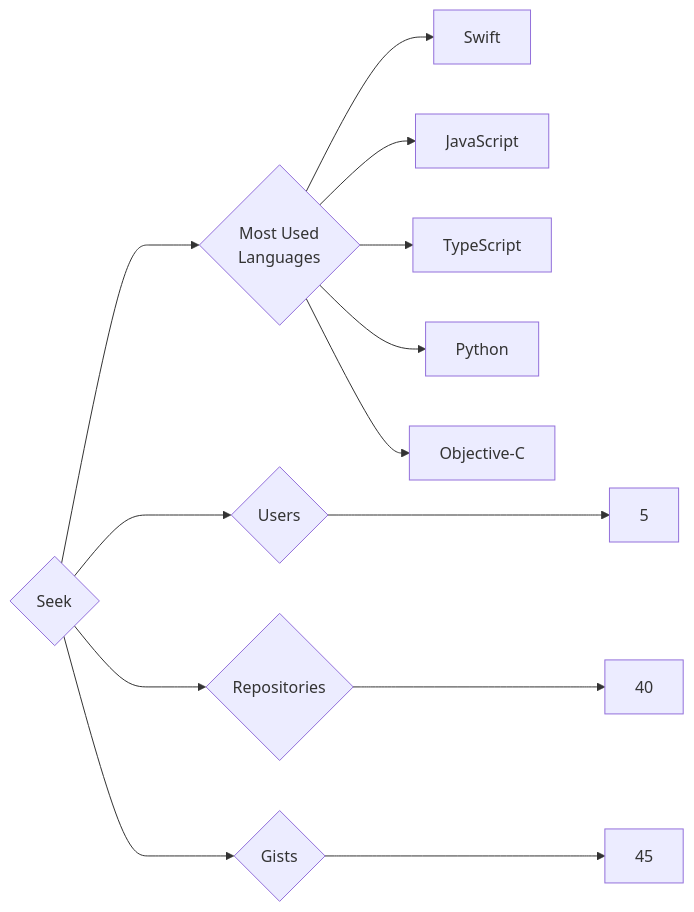
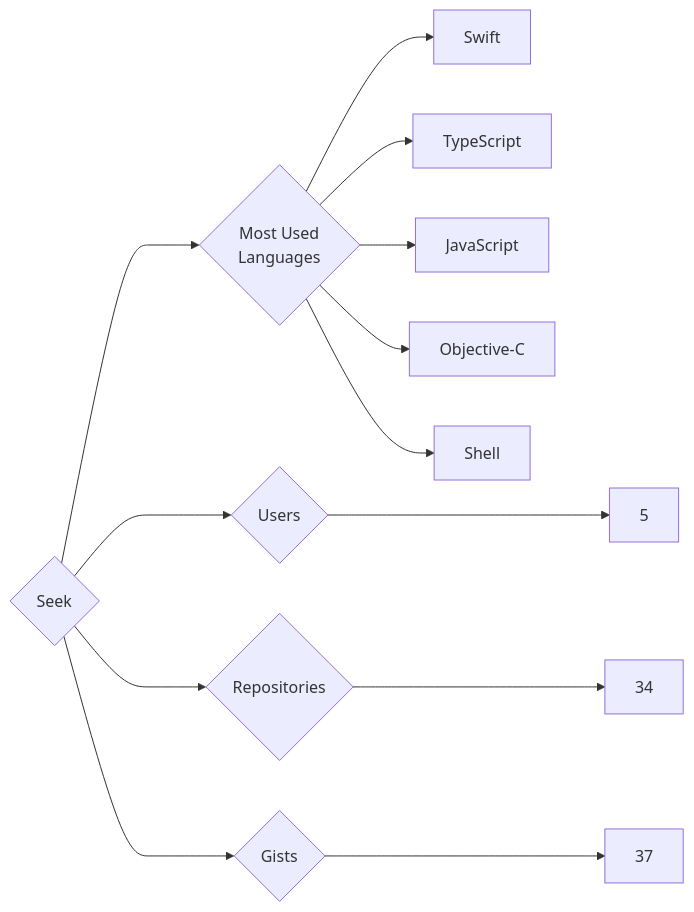
One commit to trickest/insiders changed the diagram in targets/Seek/README.md. Above: the diagram before and after it, drawn with Mermaid. The commit also changed 939 other files, not shown here.

````diff
--- a/targets/Seek/README.md
+++ b/targets/Seek/README.md
@@ -3,13 +3,13 @@
 ```mermaid
 graph LR
 COMPANY_NAME{Seek}
 COMPANY_NAME ---> U{Users} ---> UN[5]
-COMPANY_NAME ---> R{Repositories} ---> RN[40]
-COMPANY_NAME ---> G{Gists} ---> GN[45]
+COMPANY_NAME ---> R{Repositories} ---> RN[34]
+COMPANY_NAME ---> G{Gists} ---> GN[37]
 COMPANY_NAME ---> ML{Most Used<br>Languages}
 ML --> Swift[Swift]
+ML --> TypeScript[TypeScript]
 ML --> JavaScript[JavaScript]
-ML --> TypeScript[TypeScript]
-ML --> Python[Python]
 ML --> Objective-C[Objective-C]
+ML --> Shell[Shell]
 ```
````
